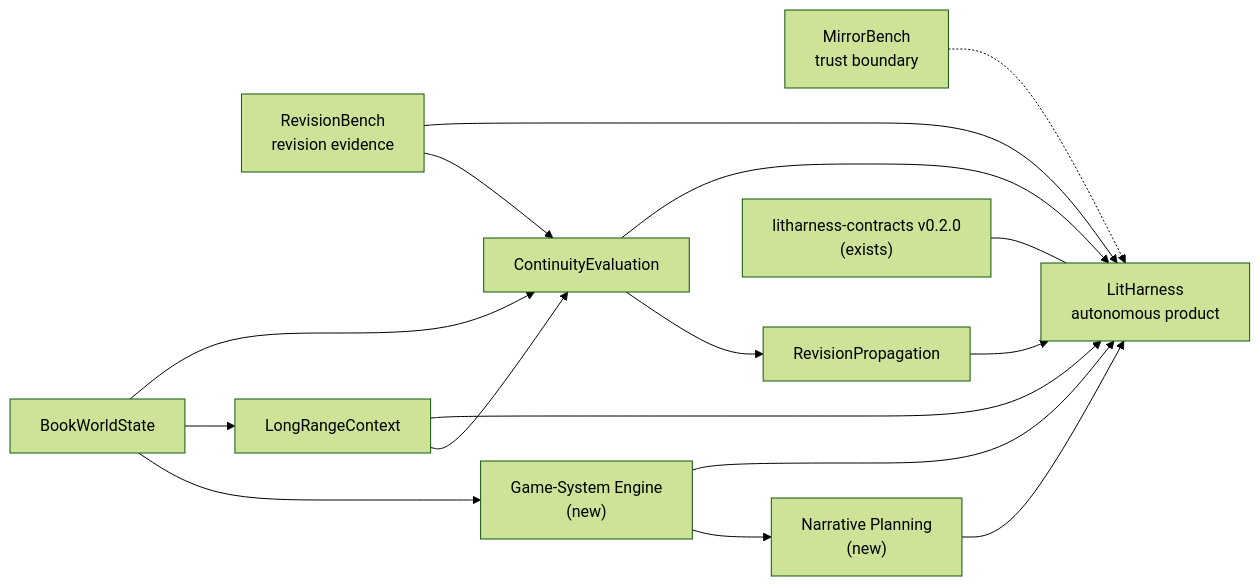
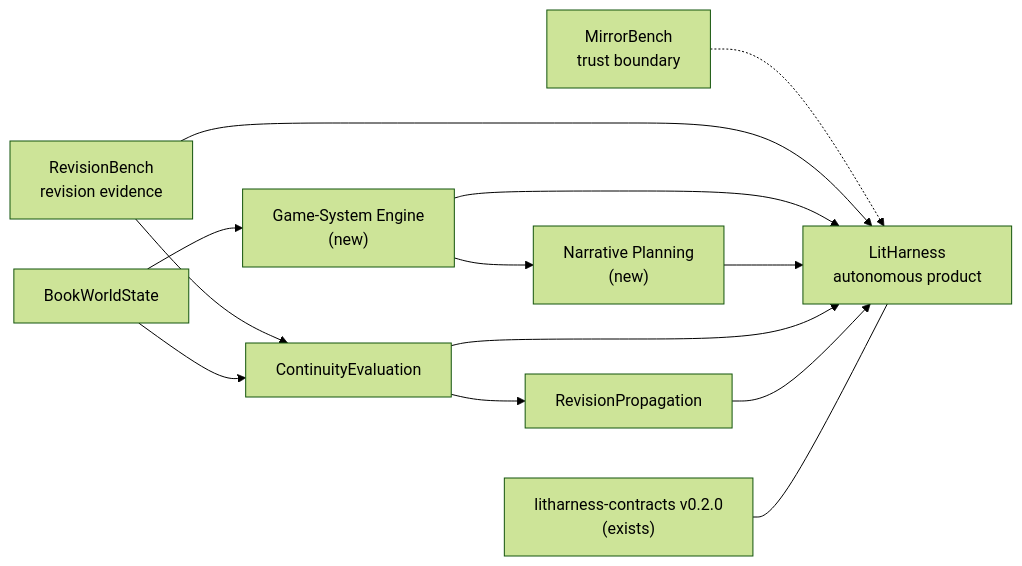
Before and after one commit to skulitom/LitHarness: the diagram in PLAN.md, drawn with Mermaid (forest theme). The commit also changed other lines of this file and 24 other files, not shown here.

Commit message:
Own long-serial context endurance locally

````diff
--- a/PLAN.md
+++ b/PLAN.md
@@ -618,18 +618,15 @@
 ```mermaid
 flowchart LR
   MB["MirrorBench<br/>trust boundary"] -.-> LH["LitHarness<br/>autonomous product"]
   RB["RevisionBench<br/>revision evidence"] --> CE["ContinuityEvaluation"]
   RB --> LH
   BWS["BookWorldState"] --> GSE["Game-System Engine<br/>(new)"]
-  BWS --> LRC["LongRangeContext"]
   BWS --> CE
   GSE --> NP["Narrative Planning<br/>(new)"]
   GSE --> LH
   NP --> LH
-  LRC --> CE
-  LRC --> LH
   CE --> RP["RevisionPropagation"]
   CE --> LH
   RP --> LH
   CONTRACTS["litharness-contracts v0.2.0<br/>(exists)"] --- LH
 ```
````
